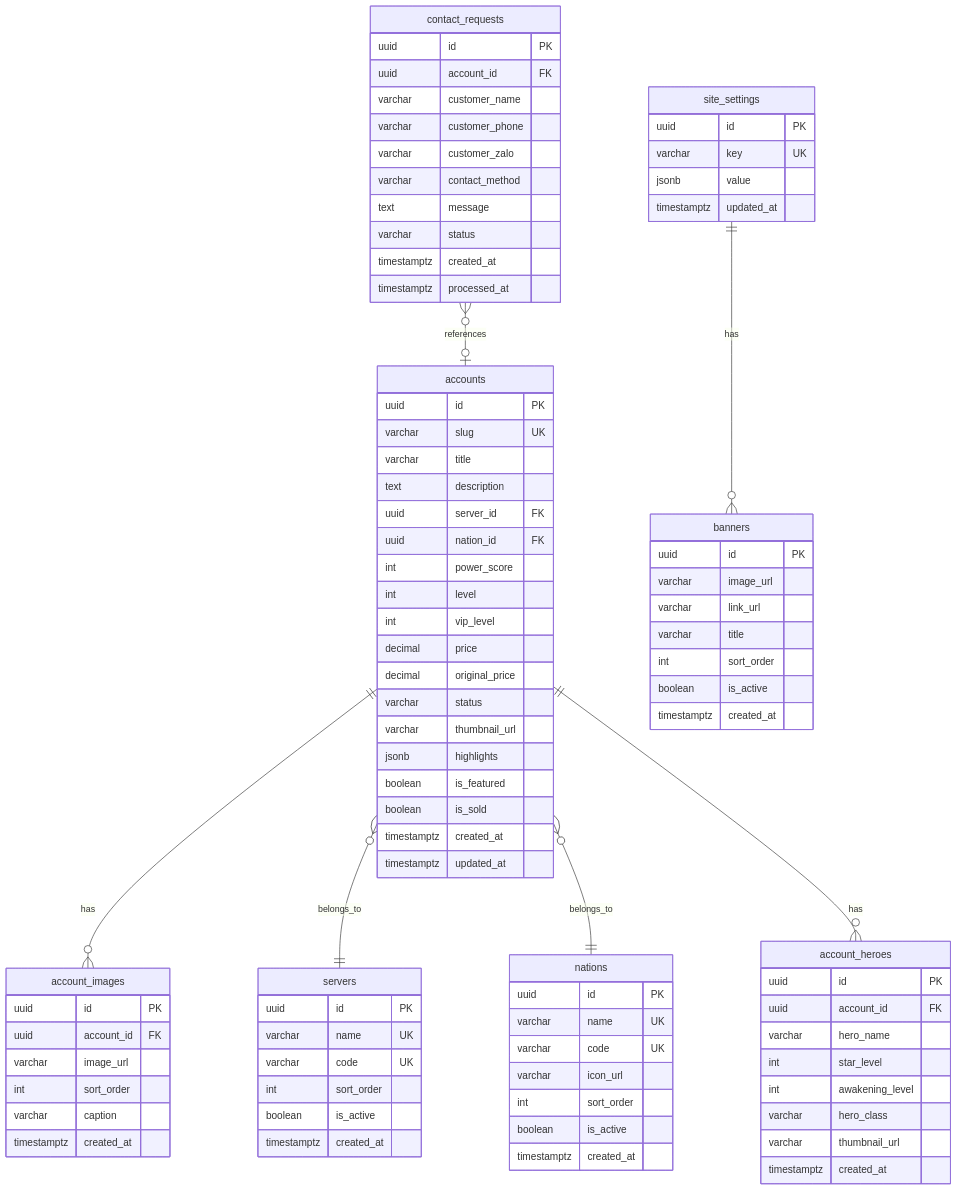
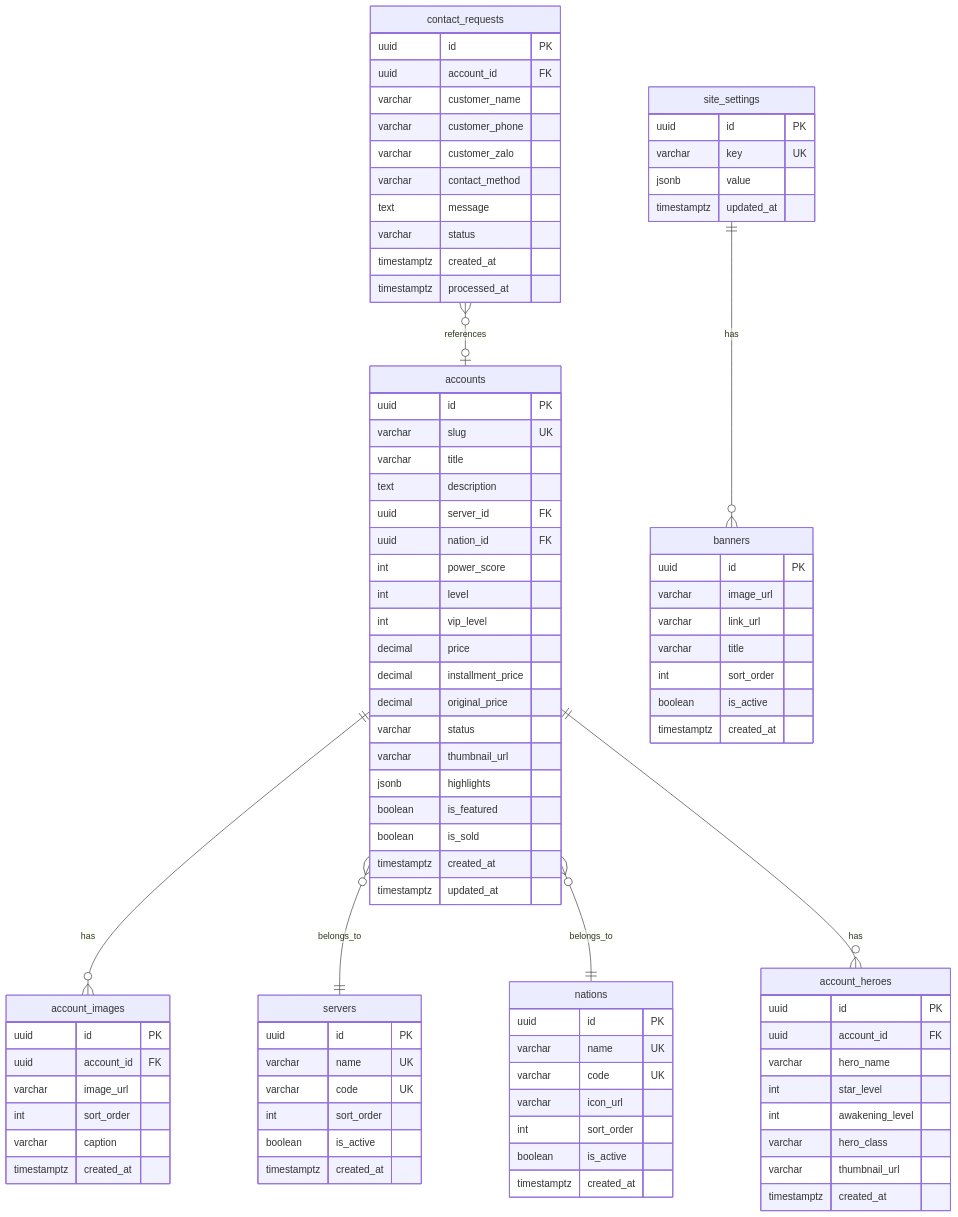
The third of 5 diagrams in master-plan.md (quangta197/omg3q), drawn with Mermaid before and after one commit. The commit also changed other lines of this file and 16 other files, not shown here.

```diff
--- a/master-plan.md
+++ b/master-plan.md
@@ -676,6 +676,7 @@
         int level
         int vip_level
         decimal price
+        decimal installment_price
         decimal original_price
         varchar status
         varchar thumbnail_url
```
